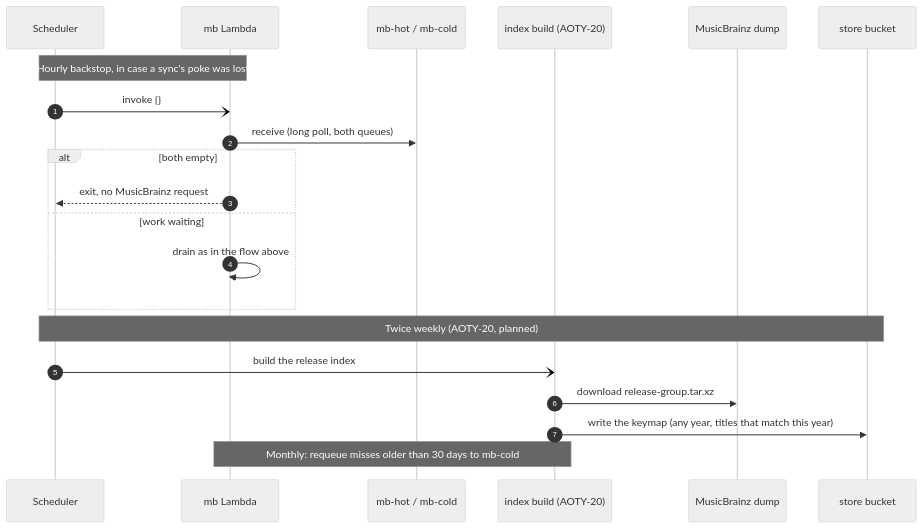
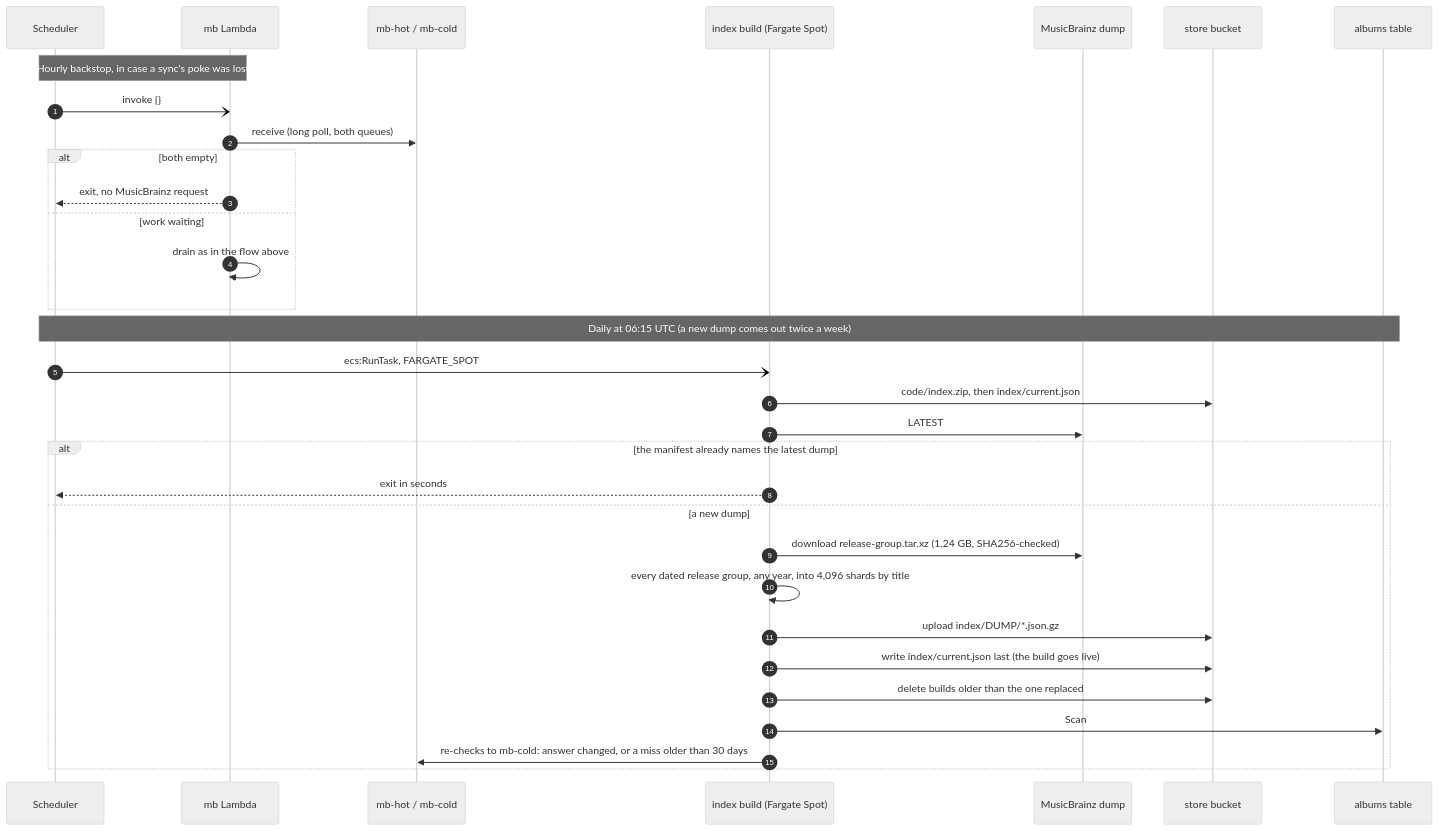
One commit to eightyeighteyes/aoty-chart-toy changed the fourth of 4 diagrams in docs/architecture.md. Above: the diagram before and after it, drawn with Mermaid (neutral theme). The commit also changed other lines of this file and 3 other files, not shown here.

First line of the commit message:
docs: release index architecture and runbook

````diff
--- a/docs/architecture.md
+++ b/docs/architecture.md
@@ -177,25 +192,36 @@
 ```mermaid
 sequenceDiagram
   autonumber
   participant SC as Scheduler
   participant MB as mb Lambda
   participant HQ as mb-hot / mb-cold
-  participant IX as index build (AOTY-20)
+  participant IX as index build (Fargate Spot)
   participant DUMP as MusicBrainz dump
   participant ST as store bucket
+  participant AT as albums table
 
   Note over SC,MB: Hourly backstop, in case a sync's poke was lost
   SC-)MB: invoke {}
   MB->>HQ: receive (long poll, both queues)
   alt both empty
     MB-->>SC: exit, no MusicBrainz request
   else work waiting
     MB->>MB: drain as in the flow above
   end
 
-  Note over SC,ST: Twice weekly (AOTY-20, planned)
-  SC-)IX: build the release index
-  IX->>DUMP: download release-group.tar.xz
-  IX->>ST: write the keymap (any year, titles that match this year)
-  Note over IX,MB: Monthly: requeue misses older than 30 days to mb-cold
+  Note over SC,AT: Daily at 06:15 UTC (a new dump comes out twice a week)
+  SC-)IX: ecs:RunTask, FARGATE_SPOT
+  IX->>ST: code/index.zip, then index/current.json
+  IX->>DUMP: LATEST
+  alt the manifest already names the latest dump
+    IX-->>SC: exit in seconds
+  else a new dump
+    IX->>DUMP: download release-group.tar.xz (1.24 GB, SHA256-checked)
+    IX->>IX: every dated release group, any year, into 4,096 shards by title
+    IX->>ST: upload index/DUMP/*.json.gz
+    IX->>ST: write index/current.json last (the build goes live)
+    IX->>ST: delete builds older than the one replaced
+    IX->>AT: Scan
+    IX->>HQ: re-checks to mb-cold: answer changed, or a miss older than 30 days
+  end
 ```
````
